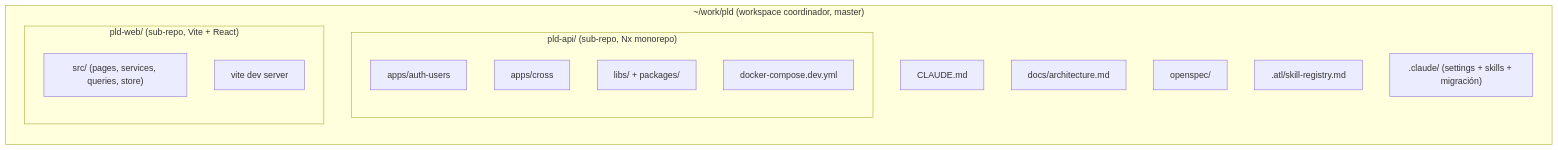
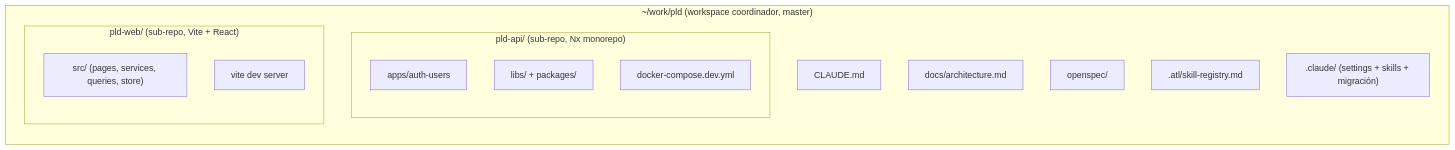
The first of 2 diagrams in docs/architecture.md (Cromeror/pld-workspace), drawn with Mermaid before and after one commit. The commit also changed other lines of this file and 10 other files, not shown here.

````diff
--- a/docs/architecture.md
+++ b/docs/architecture.md
@@ -11,23 +11,22 @@
 ```mermaid
 flowchart TB
   subgraph Workspace["~/work/pld (workspace coordinador, master)"]
     direction TB
     CM[CLAUDE.md]
     DOCS[docs/architecture.md]
     OS[openspec/]
     ATL[.atl/skill-registry.md]
     CL[".claude/ (settings + skills + migración)"]
     subgraph API["pld-api/ (sub-repo, Nx monorepo)"]
       direction TB
       AUAPP["apps/auth-users"]
-      CROSSAPP["apps/cross"]
       LIBSPKG["libs/ + packages/"]
       DCDEV["docker-compose.dev.yml"]
     end
     subgraph WEB["pld-web/ (sub-repo, Vite + React)"]
       direction TB
       WEBSRC["src/ (pages, services, queries, store)"]
       VITE["vite dev server"]
     end
   end
 ```
````
